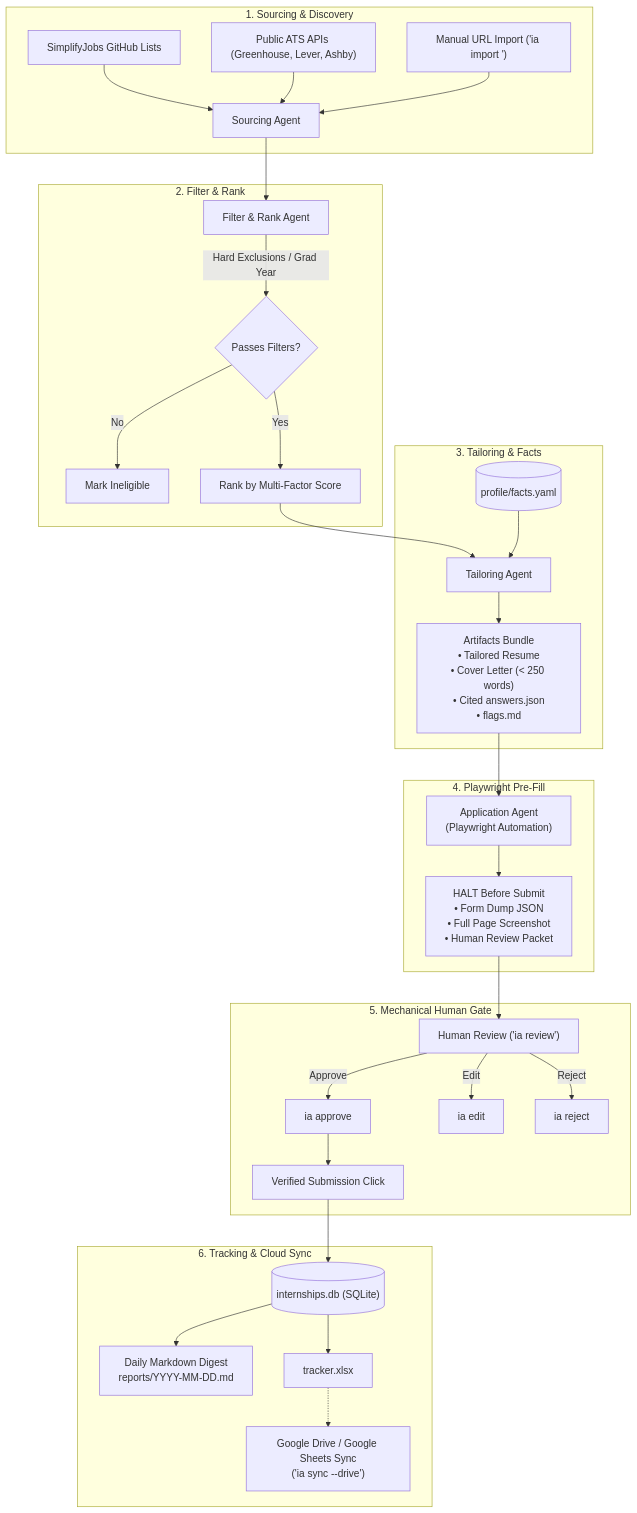
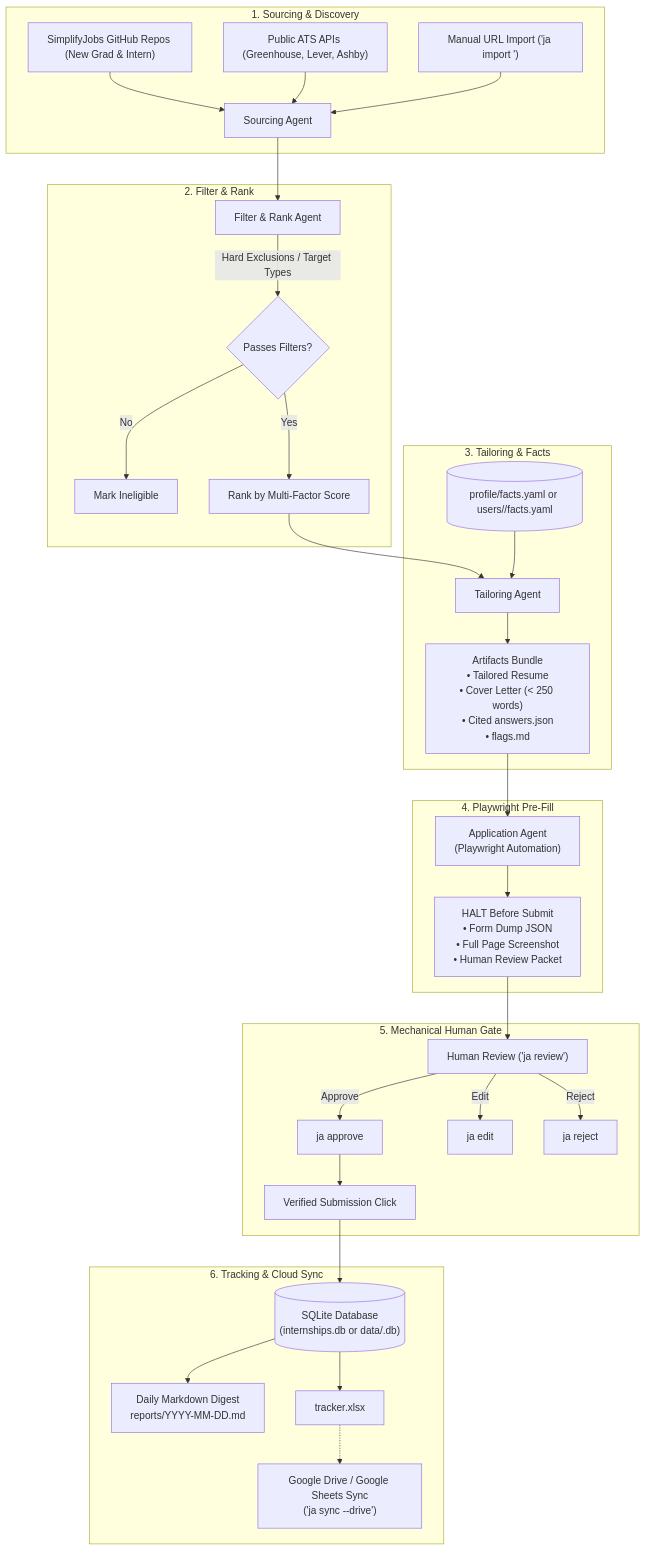
The diagram in README.md (CharleyGuo/internship-application-2027), drawn with Mermaid before and after one commit. The commit also changed other lines of this file and 14 other files, not shown here.

Commit message:
Transition to general SWE job application assistant with multi-user dedicated database onboarding

````diff
--- a/README.md
+++ b/README.md
@@ -30,41 +41,41 @@
 ```mermaid
 flowchart TD
     subgraph Discovery ["1. Sourcing & Discovery"]
-        A1["SimplifyJobs GitHub Lists"] --> S["Sourcing Agent"]
+        A1["SimplifyJobs GitHub Repos (New Grad & Intern)"] --> S["Sourcing Agent"]
         A2["Public ATS APIs (Greenhouse, Lever, Ashby)"] --> S
-        A3["Manual URL Import ('ia import <url>')"] --> S
+        A3["Manual URL Import ('ja import <url>')"] --> S
     end
 
     subgraph Scoring ["2. Filter & Rank"]
         S --> R["Filter & Rank Agent"]
-        R -->|"Hard Exclusions / Grad Year"| F{"Passes Filters?"}
+        R -->|"Hard Exclusions / Target Types"| F{"Passes Filters?"}
         F -- "No" --> DISC["Mark Ineligible"]
         F -- "Yes" --> QUAL["Rank by Multi-Factor Score"]
     end
 
     subgraph Tailoring ["3. Tailoring & Facts"]
         QUAL --> T["Tailoring Agent"]
-        FACTS[("profile/facts.yaml")] --> T
+        FACTS[("profile/facts.yaml or users/<user>/facts.yaml")] --> T
         T --> BUNDLE["Artifacts Bundle\n• Tailored Resume\n• Cover Letter (< 250 words)\n• Cited answers.json\n• flags.md"]
     end
 
     subgraph Fill ["4. Playwright Pre-Fill"]
         BUNDLE --> P["Application Agent\n(Playwright Automation)"]
         P --> HALT["HALT Before Submit\n• Form Dump JSON\n• Full Page Screenshot\n• Human Review Packet"]
     end
 
     subgraph ReviewGate ["5. Mechanical Human Gate"]
-        HALT --> REV["Human Review ('ia review')"]
-        REV -->|Approve| APP["ia approve <job_id>"]
-        REV -->|Edit| EDIT["ia edit <field> <val>"]
-        REV -->|Reject| REJ["ia reject <job_id>"]
+        HALT --> REV["Human Review ('ja review')"]
+        REV -->|Approve| APP["ja approve <job_id>"]
+        REV -->|Edit| EDIT["ja edit <field> <val>"]
+        REV -->|Reject| REJ["ja reject <job_id>"]
         APP --> SUBMIT["Verified Submission Click"]
     end
 
     subgraph Tracking ["6. Tracking & Cloud Sync"]
-        SUBMIT --> DB[("internships.db (SQLite)")]
+        SUBMIT --> DB[("SQLite Database\n(internships.db or data/<user>.db)")]
         DB --> DIGEST["Daily Markdown Digest\nreports/YYYY-MM-DD.md"]
         DB --> EXCEL["tracker.xlsx"]
-        EXCEL -.-> GDRIVE["Google Drive / Google Sheets Sync\n('ia sync --drive')"]
+        EXCEL -.-> GDRIVE["Google Drive / Google Sheets Sync\n('ja sync --drive')"]
     end
 ```
````
